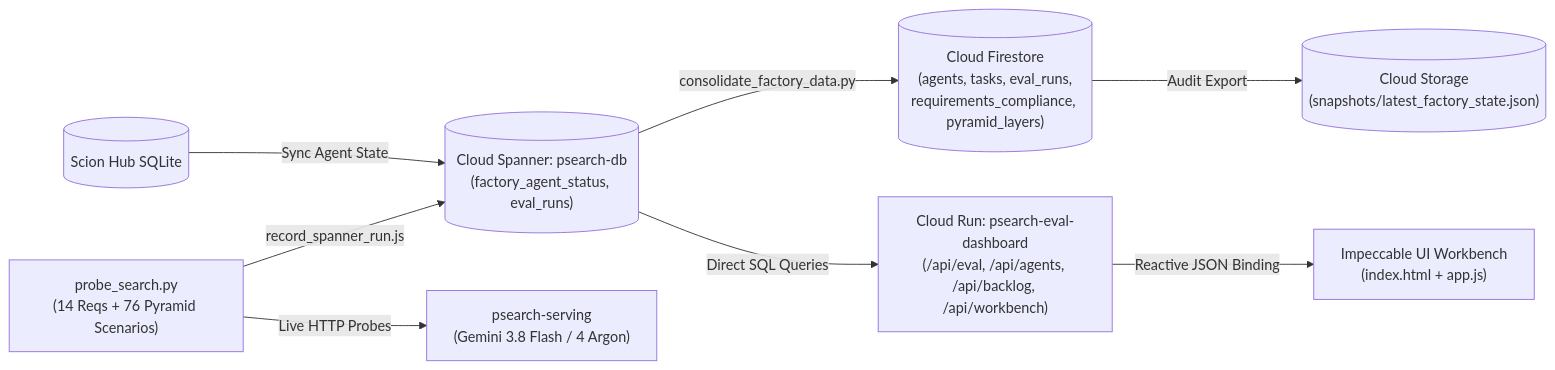
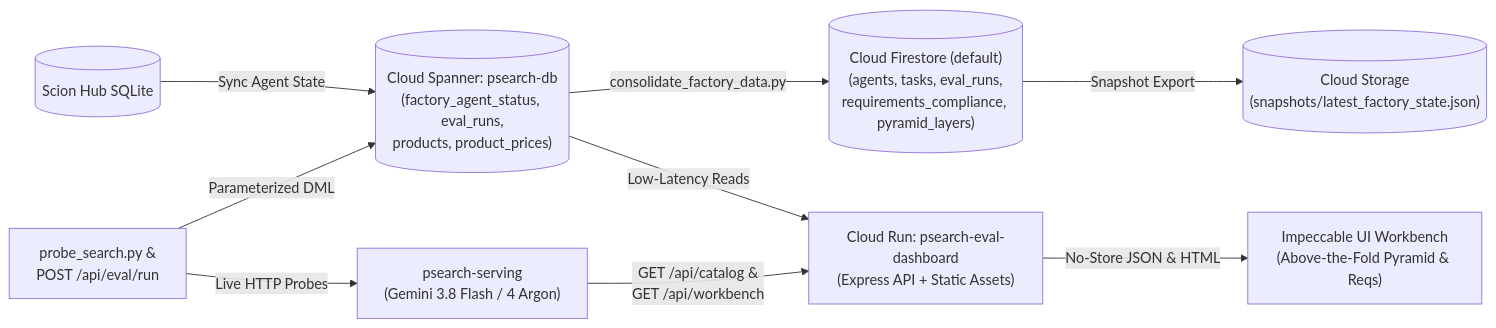
Before and after one commit to duboc/scion-experiment: the diagram in README.md, drawn with Mermaid. The commit also changed other lines of this file and 4 other files, not shown here.

Commit message:
feat(eval): move 5-layer pyramid above fold, wire POST /api/eval/run & GET /api/catalog, and structure READMEs in Google Developer Standard (#31)

````diff
--- a/README.md
+++ b/README.md
@@ -63,10 +44,11 @@
 ```mermaid
 flowchart LR
-    Hub[("Scion Hub SQLite")] -->|"Sync Agent State"| Spanner[("Cloud Spanner: psearch-db\n(factory_agent_status, eval_runs)")]
-    Probe["probe_search.py\n(14 Reqs + 76 Pyramid Scenarios)"] -->|"Live HTTP Probes"| Serving["psearch-serving\n(Gemini 3.8 Flash / 4 Argon)"]
-    Probe -->|"record_spanner_run.js"| Spanner
-    Spanner -->|"consolidate_factory_data.py"| Firestore[("Cloud Firestore\n(agents, tasks, eval_runs,\nrequirements_compliance, pyramid_layers)")]
-    Firestore -->|"Audit Export"| GCS[("Cloud Storage\n(snapshots/latest_factory_state.json)")]
-    Spanner -->|"Direct SQL Queries"| Express["Cloud Run: psearch-eval-dashboard\n(/api/eval, /api/agents, /api/backlog, /api/workbench)"]
-    Express -->|"Reactive JSON Binding"| UI["Impeccable UI Workbench\n(index.html + app.js)"]
+    Hub[("Scion Hub SQLite")] -->|"Sync Agent State"| Spanner[("Cloud Spanner: psearch-db\n(factory_agent_status, eval_runs,\nproducts, product_prices)")]
+    Probe["probe_search.py &\nPOST /api/eval/run"] -->|"Live HTTP Probes"| Serving["psearch-serving\n(Gemini 3.8 Flash / 4 Argon)"]
+    Probe -->|"Parameterized DML"| Spanner
+    Spanner -->|"consolidate_factory_data.py"| Firestore[("Cloud Firestore (default)\n(agents, tasks, eval_runs,\nrequirements_compliance, pyramid_layers)")]
+    Firestore -->|"Snapshot Export"| GCS[("Cloud Storage\n(snapshots/latest_factory_state.json)")]
+    Spanner -->|"Low-Latency Reads"| Express["Cloud Run: psearch-eval-dashboard\n(Express API + Static Assets)"]
+    Serving -->|"GET /api/catalog &\nGET /api/workbench"| Express
+    Express -->|"No-Store JSON & HTML"| UI["Impeccable UI Workbench\n(Above-the-Fold Pyramid & Reqs)"]
 ```
````
